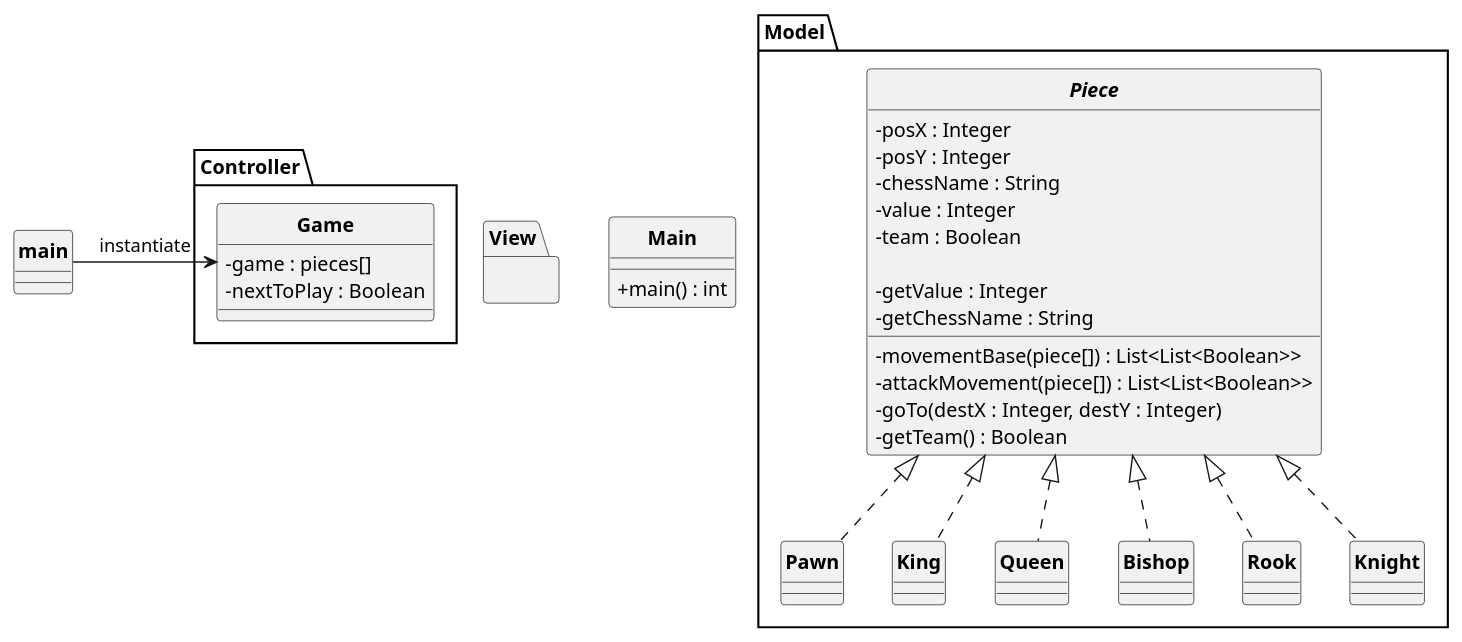
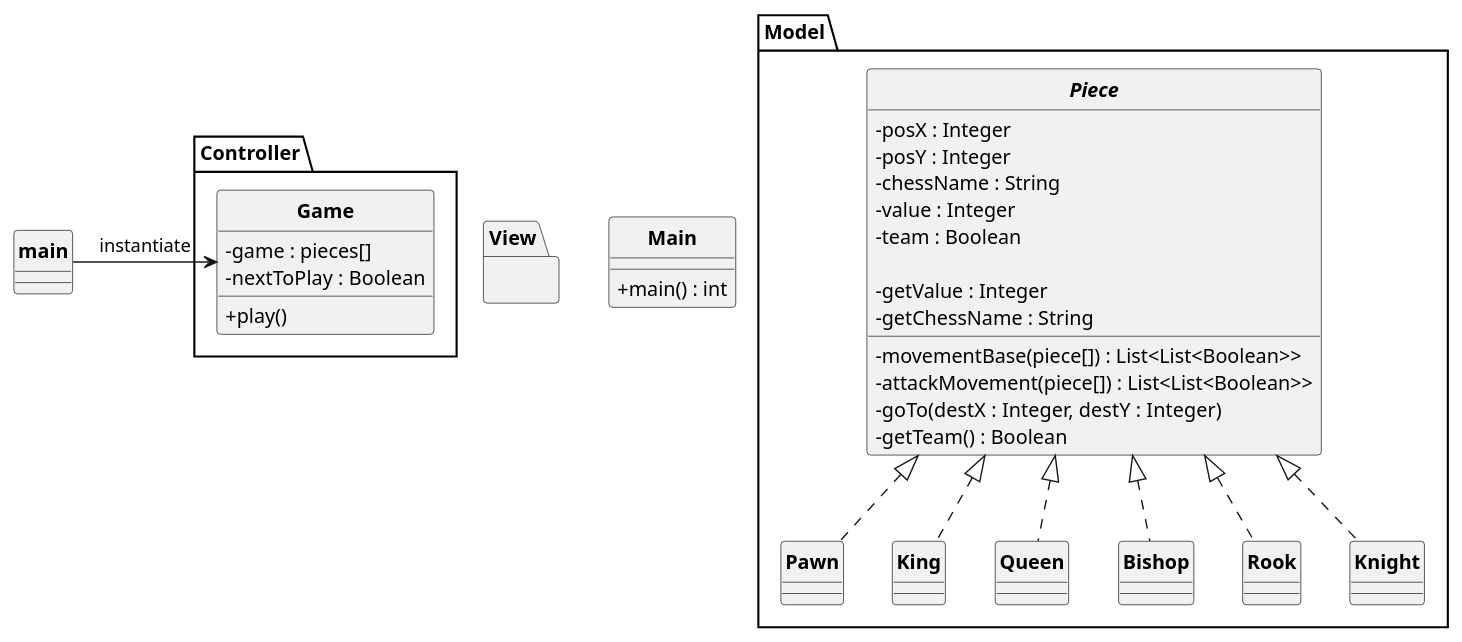
One commit to SharkyFlou/chess-game changed the diagram in class_diagram.puml. Above: the diagram before and after it, drawn with PlantUML.

Commit message:
modif diagram

```diff
--- a/class_diagram.puml
+++ b/class_diagram.puml
@@ -1,72 +1,74 @@
     @startuml
 
     skinparam style strictuml
     skinparam classAttributeIconSize 0
     skinparam classFontStyle Bold
     hide enum methods
 
     class Main{
         + main() : int
     }
 
     package Controller{
         class Game{
             - game : pieces[]
             - nextToPlay : Boolean
+
+            + play()
         }
     }
 
     package View{
 
     }
 
 
 
     package Model{
 
         interface Piece{
             - posX : Integer
             - posY : Integer
             - chessName : String
             - value : Integer
             - team : Boolean
 
             - movementBase(piece[]) : List<List<Boolean>>
             - attackMovement(piece[]) : List<List<Boolean>>
             - goTo(destX : Integer, destY : Integer)
             - getTeam() : Boolean
             - getValue : Integer
             - getChessName : String
         }
 
         class Pawn implements Piece{
 
         }
 
         class King implements Piece{
 
         }
 
         class Queen implements Piece{
 
         }
 
         class Bishop implements Piece{
 
         }
 
         class Rook implements Piece{
 
         }
 
         class Knight implements Piece{
 
         }
 
     }
 
     main -> Game : "instantiate"
 
 
 
     @enduml
```
